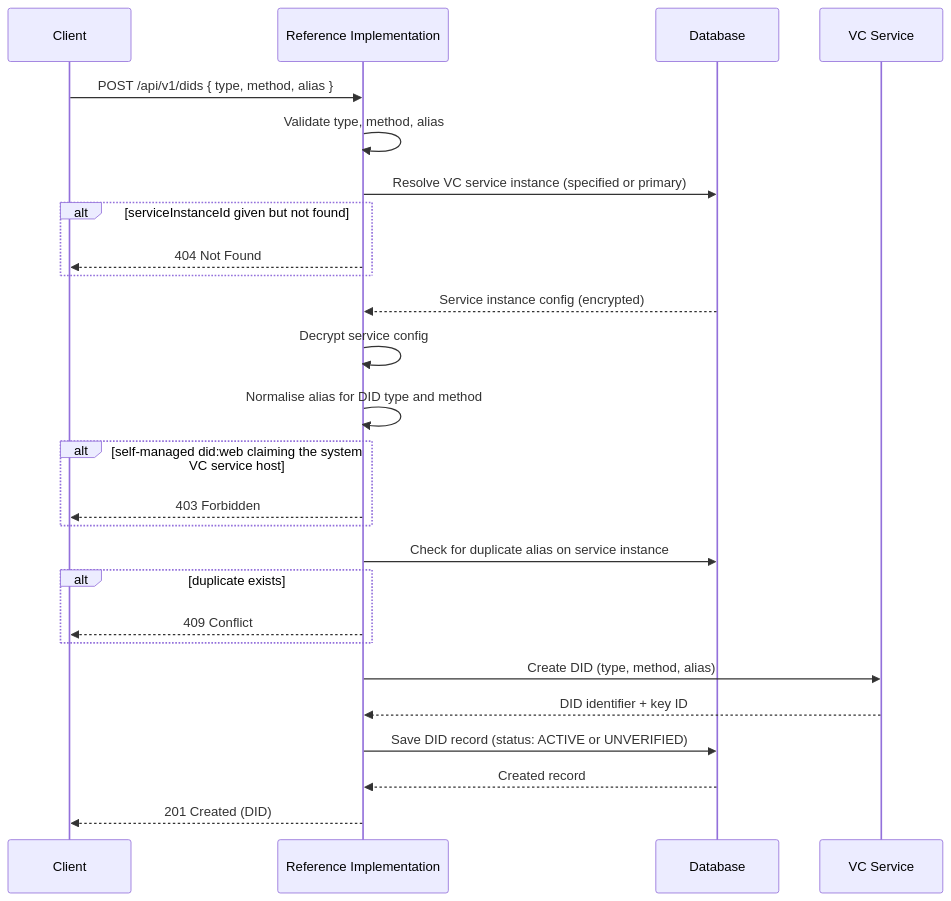
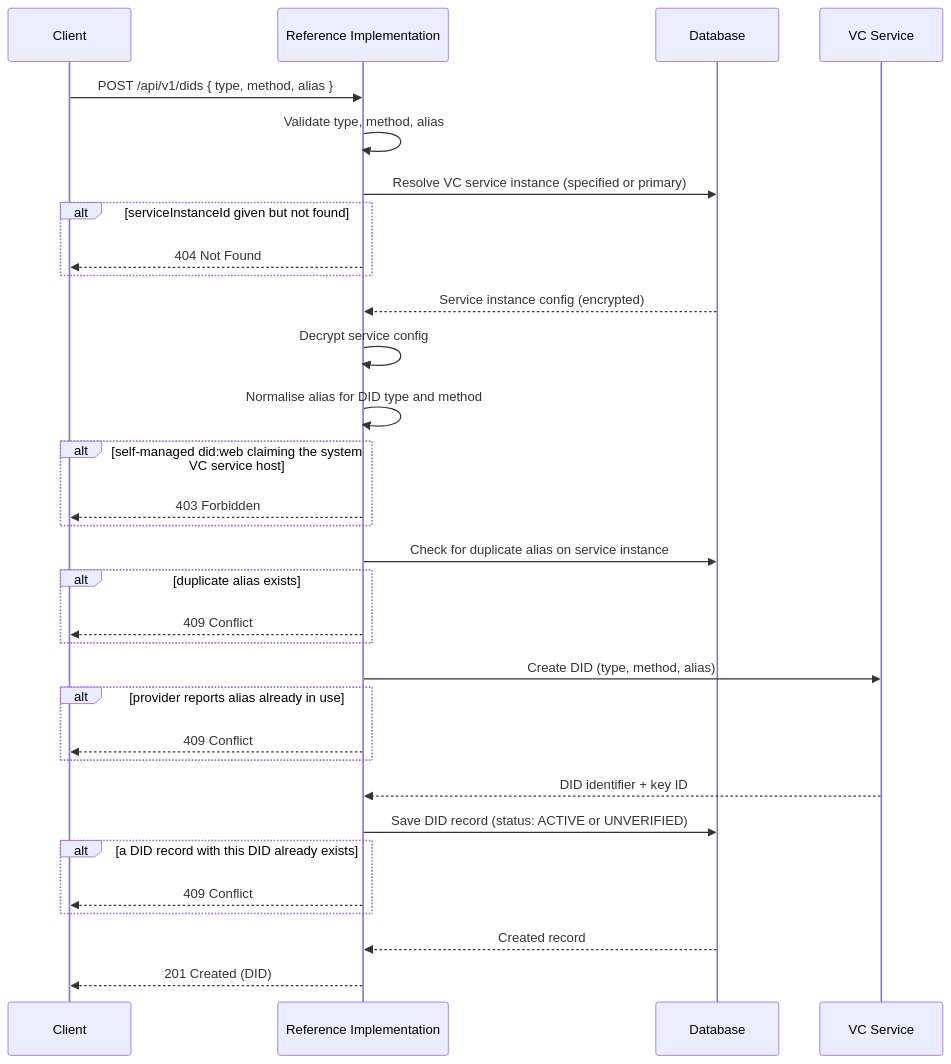
One commit to uncefact/tests-untp changed the first of 5 diagrams in documentation/docs/reference-implementation/api/dids.md. Above: the diagram before and after it, drawn with Mermaid. The commit also changed other lines of this file and 57 other files, not shown here.

````diff
--- a/documentation/docs/reference-implementation/api/dids.md
+++ b/documentation/docs/reference-implementation/api/dids.md
@@ -137,29 +137,35 @@
 ```mermaid
 sequenceDiagram
     participant Client
     participant RI as Reference Implementation
     participant DB as Database
     participant VC as VC Service
 
     Client->>RI: POST /api/v1/dids { type, method, alias }
     RI->>RI: Validate type, method, alias
     RI->>DB: Resolve VC service instance (specified or primary)
     alt serviceInstanceId given but not found
         RI-->>Client: 404 Not Found
     end
     DB-->>RI: Service instance config (encrypted)
     RI->>RI: Decrypt service config
     RI->>RI: Normalise alias for DID type and method
     alt self-managed did:web claiming the system VC service host
         RI-->>Client: 403 Forbidden
     end
     RI->>DB: Check for duplicate alias on service instance
-    alt duplicate exists
+    alt duplicate alias exists
         RI-->>Client: 409 Conflict
     end
     RI->>VC: Create DID (type, method, alias)
+    alt provider reports alias already in use
+        RI-->>Client: 409 Conflict
+    end
     VC-->>RI: DID identifier + key ID
     RI->>DB: Save DID record (status: ACTIVE or UNVERIFIED)
+    alt a DID record with this DID already exists
+        RI-->>Client: 409 Conflict
+    end
     DB-->>RI: Created record
     RI-->>Client: 201 Created (DID)
 ```
````
